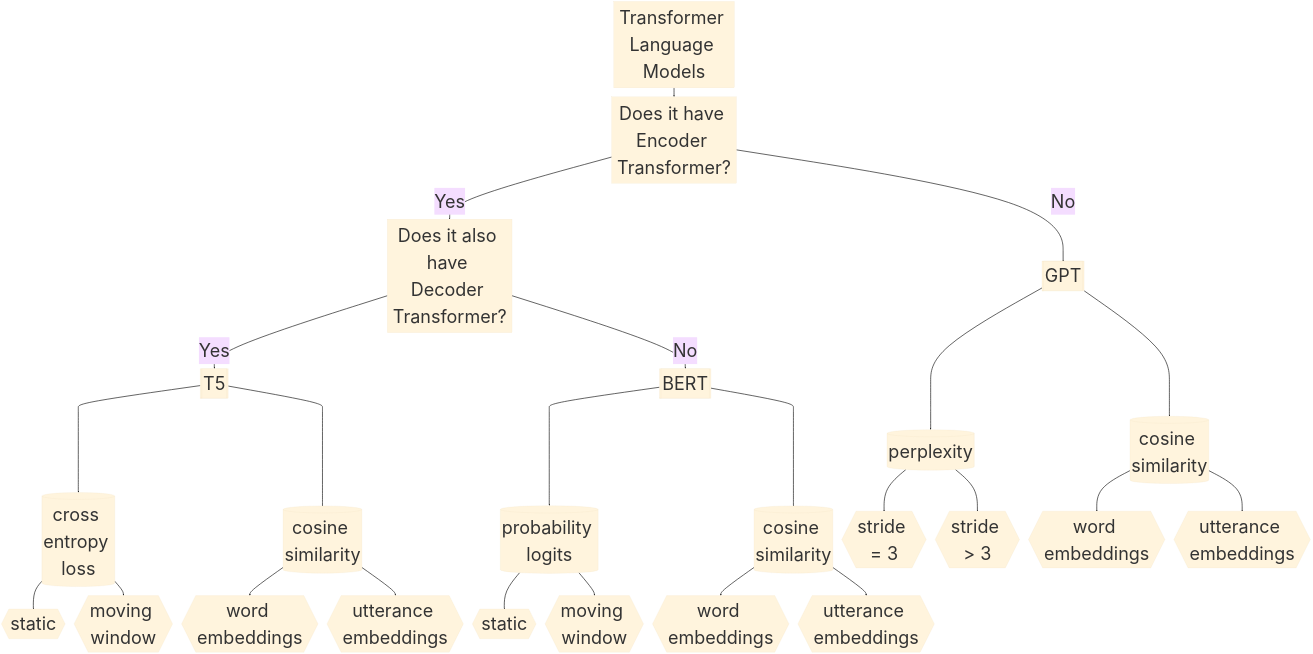
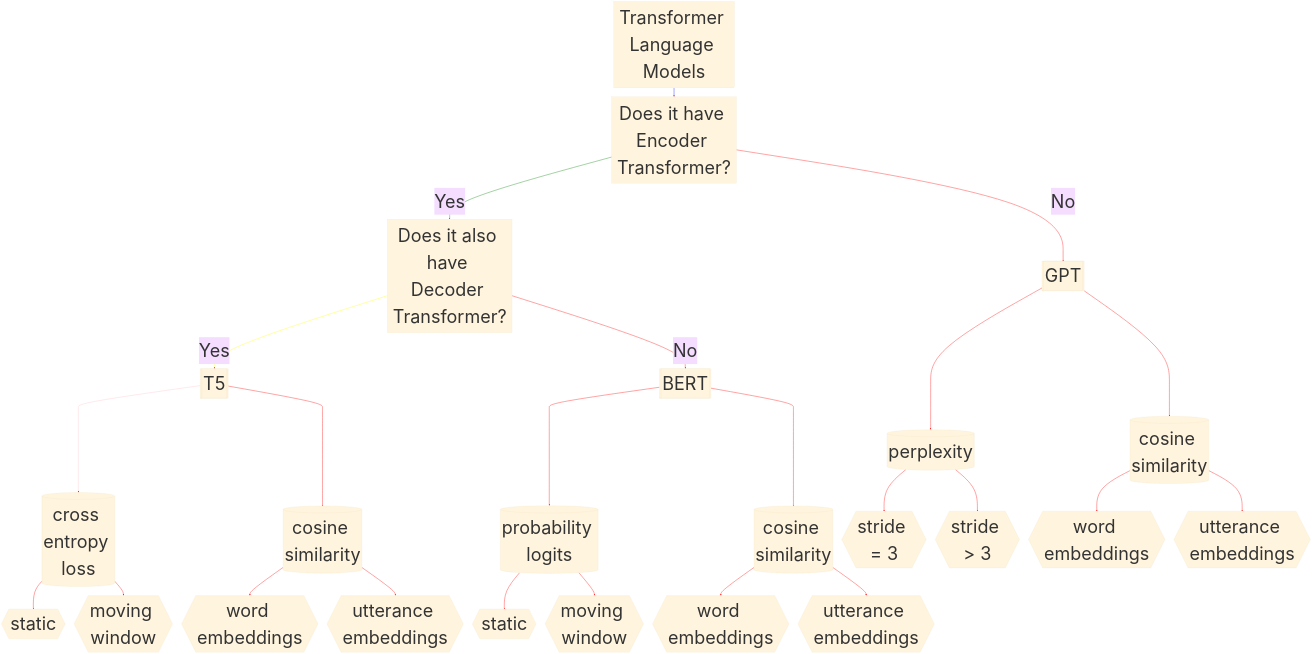
One commit to yancong222/SSD-LM-STanglab changed the diagram in README.md. Above: the diagram before and after it, drawn with Mermaid.

````diff
--- a/README.md
+++ b/README.md
@@ -4,29 +4,33 @@
 ```mermaid
 %%{init: {'theme': 'base', 'themeVariables': { 'fontSize': '100px'}}}%%
 flowchart TD
     A[Transformer Language Models] ==> B[Does it have Encoder Transformer?]
     B == Yes ==> C[Does it also have Decoder Transformer?]
     C == Yes ==> D[[T5]] ====> G[(cross entropy loss)]
     G ==> J{{static}}
     G ==> K{{moving window}}
     D ====> P[(cosine similarity)]
     P ==> Q{{word embeddings}}
     P ==> R{{utterance embeddings}}
     C == No ==> E[[BERT]] ====> H[(probability logits)]
     H ==> L{{static}}
     H ==> M{{moving window}}
     E ====> S[(cosine similarity)]
     S ==> T{{word embeddings}}
     S ==> U{{utterance embeddings}}
     B == No ==> F[[GPT]] ====> I[(perplexity)]
     I ==> N{{stride = 3}}
     I ==> O{{stride > 3}}
     F ====> V[(cosine similarity)]
     V ==> W{{word embeddings}}
     V ==> X{{utterance embeddings}}
     click A "https://github.com/yancong222/scriptscz/blob/main/perplexity/ed_perplexity.py" _blank
     click B "http://www.github.com" "Open this in a new tab" _blank
     click C href "http://www.github.com" _blank
     click D href "http://www.github.com" "Open this in a new tab" _blank
-   
+    linkStyle 0 stroke-width:2px,fill:none,stroke:blue;
+        linkStyle 1 stroke-width:2px,fill:none,stroke:green;
+        linkStyle 2 stroke-width:2px,fill:none,stroke:yellow;
+        linkStyle 3 stroke-width:2px,fill:none,stroke:pink;
+        linkStyle default stroke-width:2px,fill:none,stroke:red;
 ```
````
